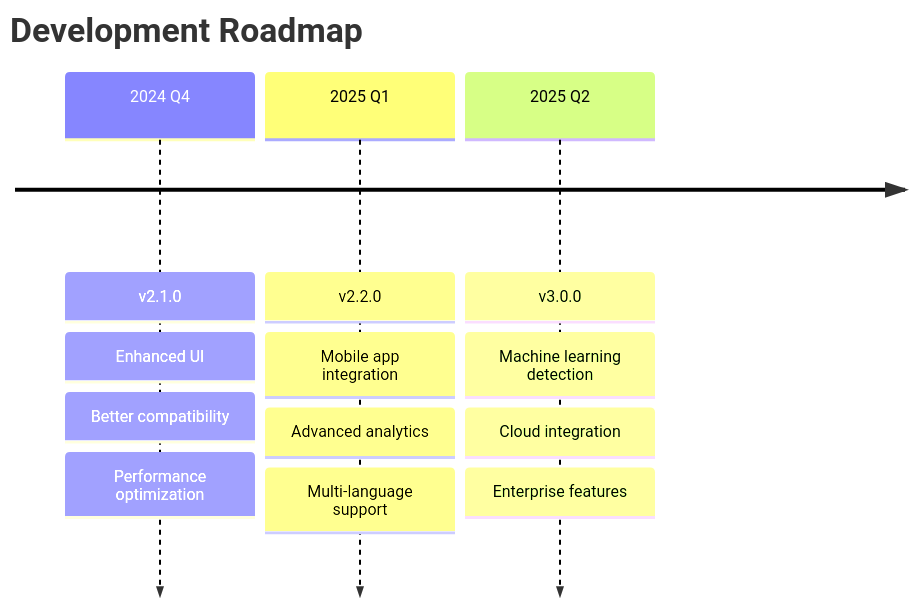
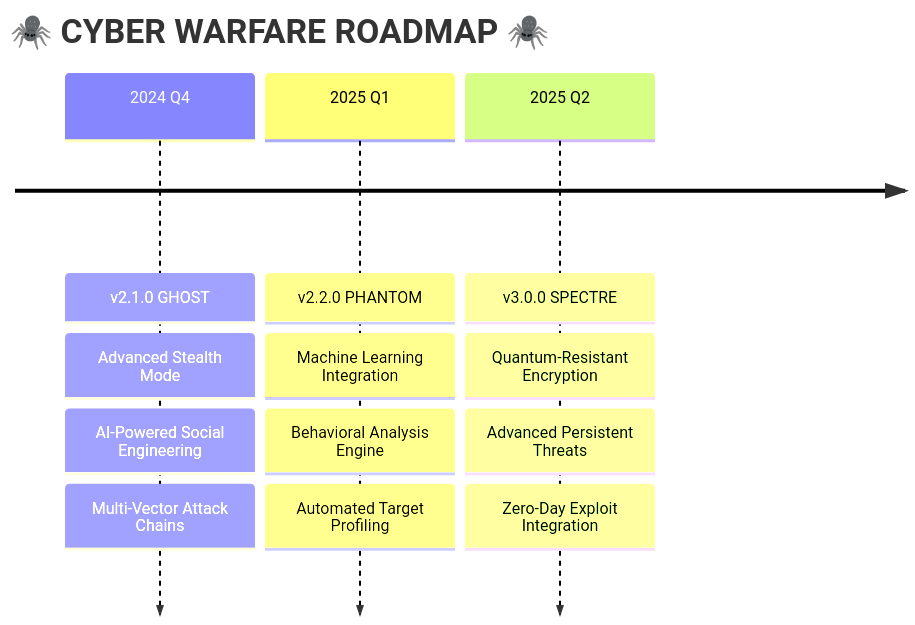
Before and after one commit to Prateek-glitch/some_arduino: the second of 2 diagrams in README.md, drawn with Mermaid. The commit also changed other lines of this file, not shown here.

````diff
--- a/README.md
+++ b/README.md
@@ -471,16 +444,16 @@
 ```mermaid
 timeline
-    title Development Roadmap
+    title 🕷️ CYBER WARFARE ROADMAP 🕷️
     
-    2024 Q4 : v2.1.0 : Enhanced UI
-             : Better compatibility
-             : Performance optimization
+    2024 Q4 : v2.1.0 GHOST : Advanced Stealth Mode
+             : AI-Powered Social Engineering
+             : Multi-Vector Attack Chains
     
-    2025 Q1 : v2.2.0 : Mobile app integration
-             : Advanced analytics
-             : Multi-language support
+    2025 Q1 : v2.2.0 PHANTOM : Machine Learning Integration
+             : Behavioral Analysis Engine
+             : Automated Target Profiling
     
-    2025 Q2 : v3.0.0 : Machine learning detection
-             : Cloud integration
-             : Enterprise features
+    2025 Q2 : v3.0.0 SPECTRE : Quantum-Resistant Encryption
+             : Advanced Persistent Threats
+             : Zero-Day Exploit Integration
 ```
````
